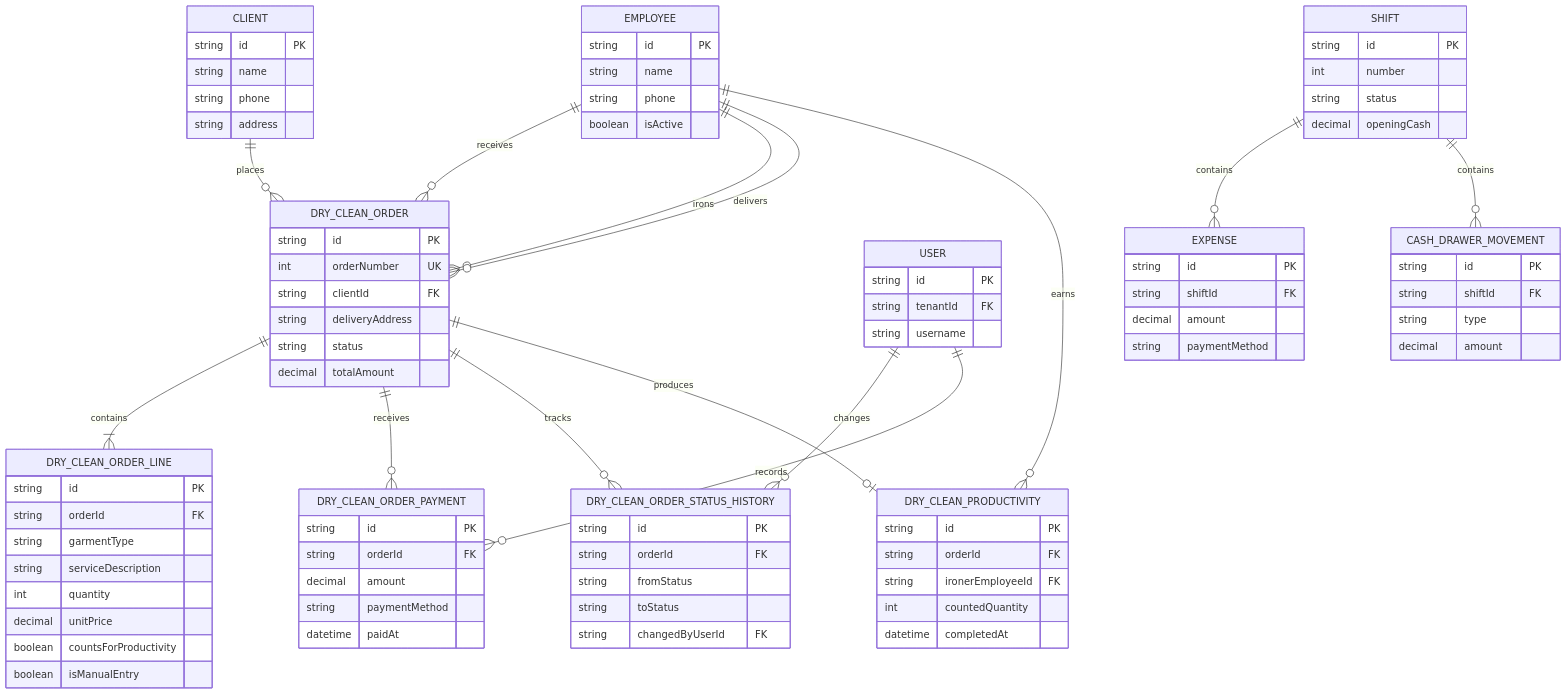
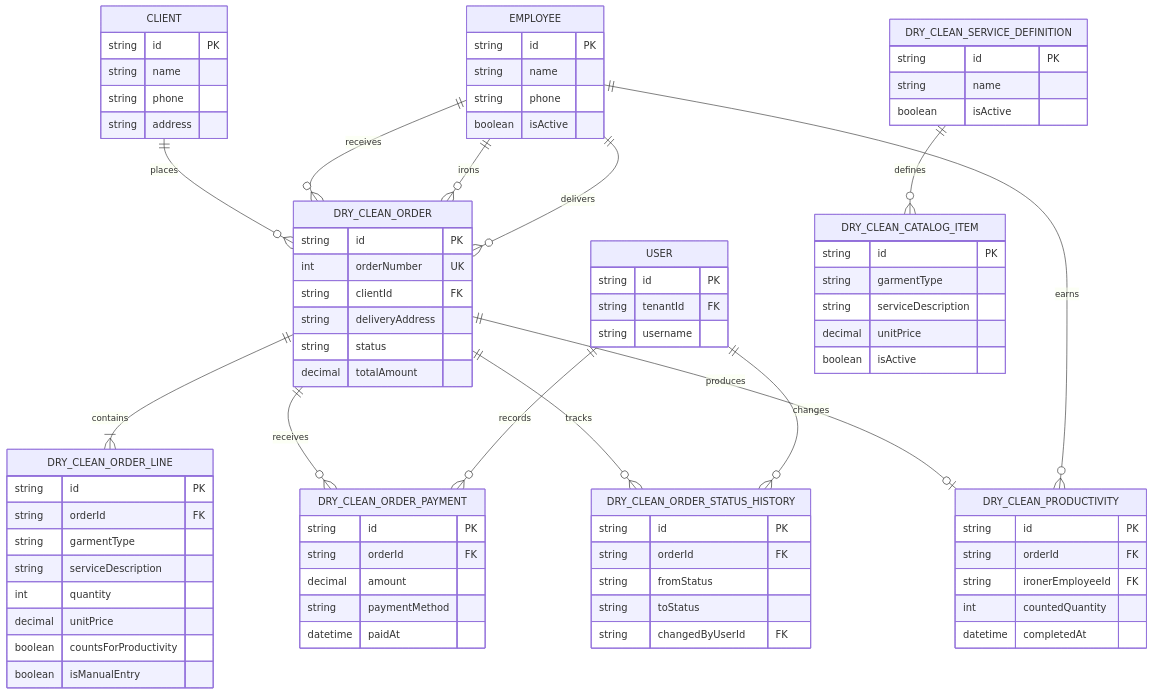
One commit to MohammedAmr04/laundry-pos changed the diagram in README.md. Above: the diagram before and after it, drawn with Mermaid. The commit also changed other lines of this file and 13 other files, not shown here.

Commit message:
Align dry clean release logic and permissions

````diff
--- a/README.md
+++ b/README.md
@@ -52,28 +52,26 @@
 ```mermaid
 erDiagram
     CLIENT ||--o{ DRY_CLEAN_ORDER : places
     EMPLOYEE ||--o{ DRY_CLEAN_ORDER : receives
     EMPLOYEE ||--o{ DRY_CLEAN_ORDER : irons
     EMPLOYEE ||--o{ DRY_CLEAN_ORDER : delivers
     DRY_CLEAN_ORDER ||--|{ DRY_CLEAN_ORDER_LINE : contains
     DRY_CLEAN_ORDER ||--o{ DRY_CLEAN_ORDER_PAYMENT : receives
     DRY_CLEAN_ORDER ||--o{ DRY_CLEAN_ORDER_STATUS_HISTORY : tracks
     DRY_CLEAN_ORDER ||--o| DRY_CLEAN_PRODUCTIVITY : produces
     EMPLOYEE ||--o{ DRY_CLEAN_PRODUCTIVITY : earns
     USER ||--o{ DRY_CLEAN_ORDER_STATUS_HISTORY : changes
     USER ||--o{ DRY_CLEAN_ORDER_PAYMENT : records
-    SHIFT ||--o{ EXPENSE : contains
-    SHIFT ||--o{ CASH_DRAWER_MOVEMENT : contains
+    DRY_CLEAN_SERVICE_DEFINITION ||--o{ DRY_CLEAN_CATALOG_ITEM : defines
 
     CLIENT { string id PK string name string phone string address }
     EMPLOYEE { string id PK string name string phone boolean isActive }
     DRY_CLEAN_ORDER { string id PK int orderNumber UK string clientId FK string deliveryAddress string status decimal totalAmount }
     DRY_CLEAN_ORDER_LINE { string id PK string orderId FK string garmentType string serviceDescription int quantity decimal unitPrice boolean countsForProductivity boolean isManualEntry }
     DRY_CLEAN_ORDER_PAYMENT { string id PK string orderId FK decimal amount string paymentMethod datetime paidAt }
     DRY_CLEAN_PRODUCTIVITY { string id PK string orderId FK string ironerEmployeeId FK int countedQuantity datetime completedAt }
     DRY_CLEAN_ORDER_STATUS_HISTORY { string id PK string orderId FK string fromStatus string toStatus string changedByUserId FK }
+    DRY_CLEAN_CATALOG_ITEM { string id PK string garmentType string serviceDescription decimal unitPrice boolean isActive }
+    DRY_CLEAN_SERVICE_DEFINITION { string id PK string name boolean isActive }
     USER { string id PK string tenantId FK string username }
-    SHIFT { string id PK int number string status decimal openingCash }
-    EXPENSE { string id PK string shiftId FK decimal amount string paymentMethod }
-    CASH_DRAWER_MOVEMENT { string id PK string shiftId FK string type decimal amount }
 ```
````
